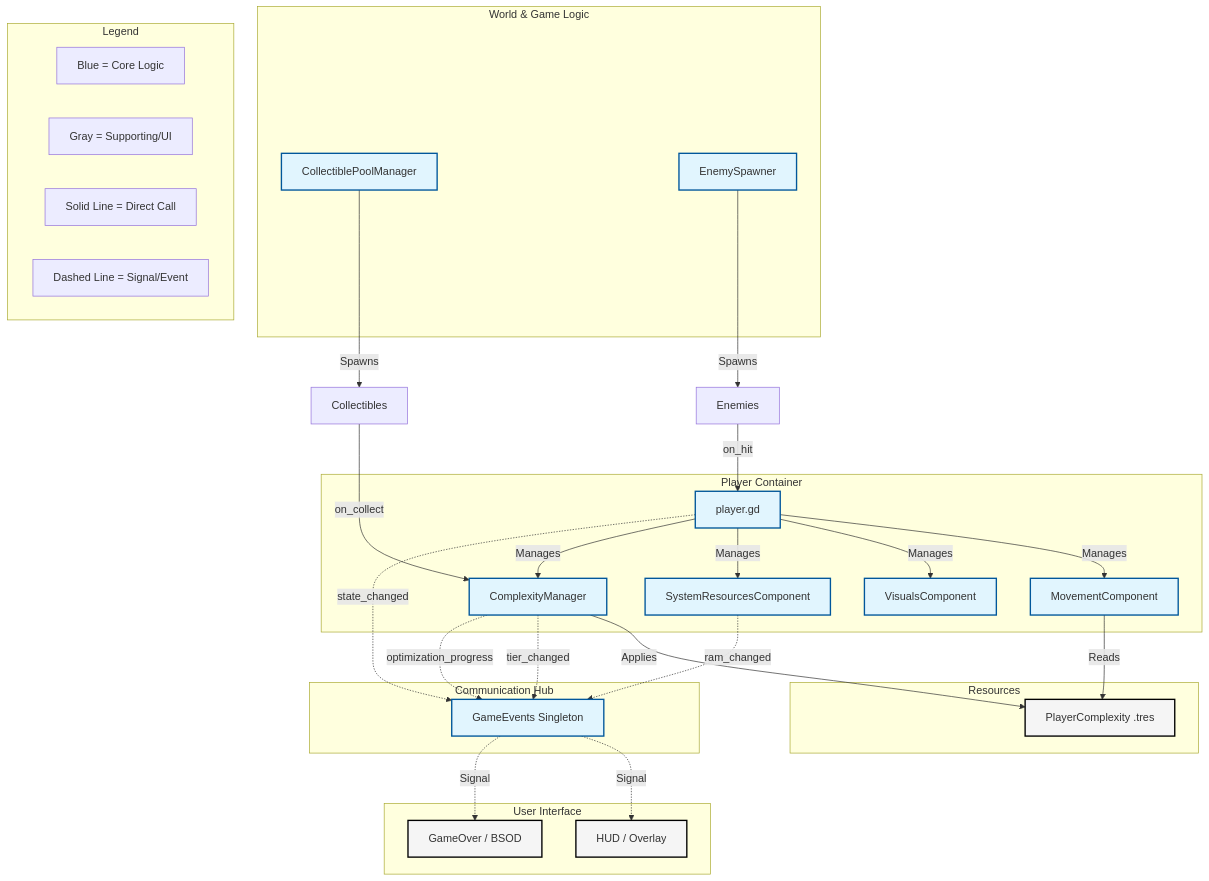
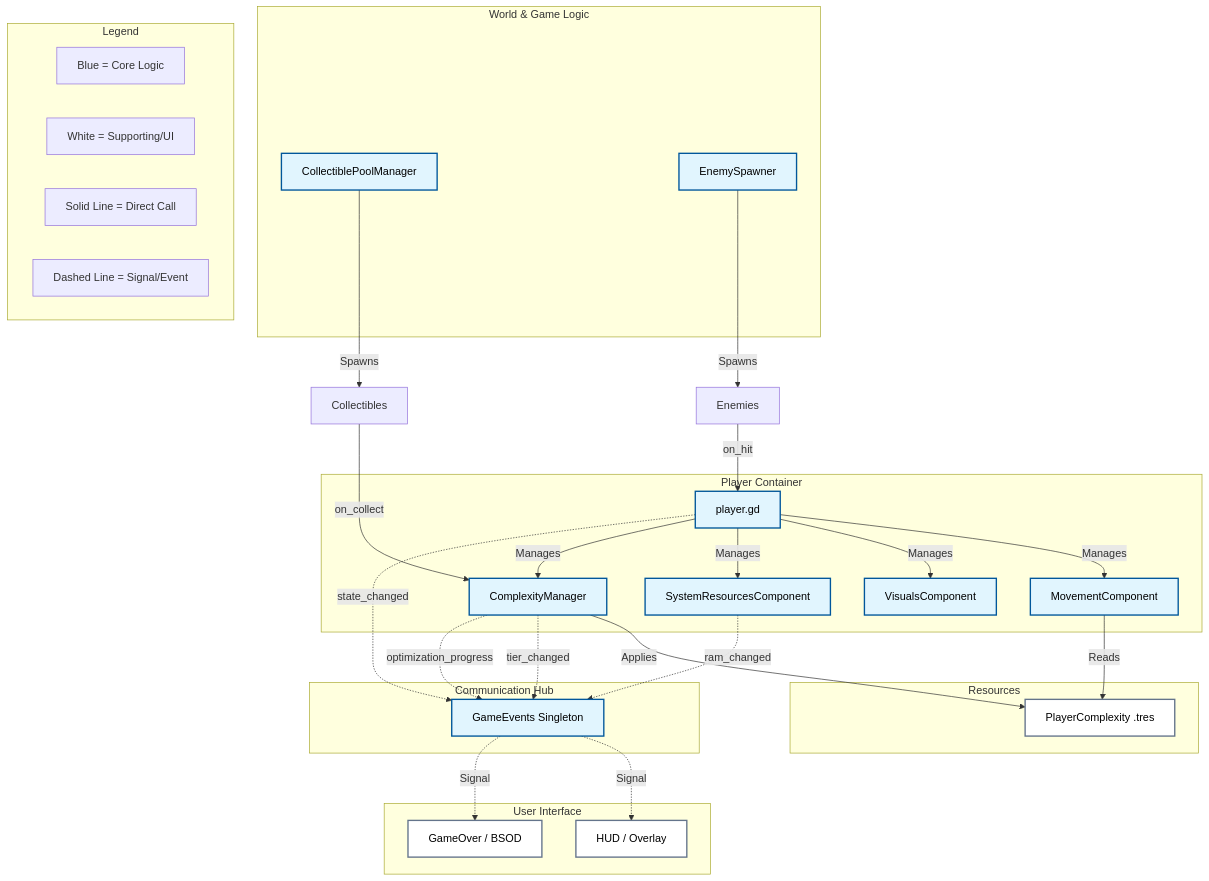
The first of 3 diagrams in docs/diagram.md (sizzlingsisig/big-o), drawn with Mermaid before and after one commit.

Commit message:
chore: changed text color for diagram

````diff
--- a/docs/diagram.md
+++ b/docs/diagram.md
@@ -9,70 +9,70 @@
 ```mermaid
 graph TD
-    %% Simplified Styling
-    classDef core fill:#e1f5fe,stroke:#01579b,stroke-width:2px;
-    classDef aux fill:#f5f5f5,stroke:#000000,stroke-width:2px;
+    %% High Contrast Styling
+    classDef core fill:#e1f5fe,stroke:#01579b,stroke-width:2px,color:#000;
+    classDef aux fill:#ffffff,stroke:#64748b,stroke-width:2px,color:#000;
 
     subgraph World_Systems [World & Game Logic]
         CM[CollectiblePoolManager]
         ES[EnemySpawner]
     end
     class CM,ES core;
 
     subgraph Global_Bus [Communication Hub]
         GE[GameEvents Singleton]
     end
     class GE core;
 
     subgraph Player_Entity [Player Container]
         P[player.gd]
         MC[MovementComponent]
         VC[VisualsComponent]
         SRC[SystemResourcesComponent]
         CXM[ComplexityManager]
     end
     class P,MC,VC,SRC,CXM core;
 
     subgraph Config_Data [Resources]
         PCR[PlayerComplexity .tres]
     end
     class PCR aux;
 
     subgraph UI_Layer [User Interface]
         HUD[HUD / Overlay]
         GOS[GameOver / BSOD]
     end
     class HUD,GOS aux;
 
     %% Logic Connections (Direct Calls)
     P -->|Manages| MC
     P -->|Manages| VC
     P -->|Manages| SRC
     P -->|Manages| CXM
     
     CXM -->|Applies| PCR
     MC -->|Reads| PCR
 
     %% Event Bus Flow (Signals)
     SRC -.->|ram_changed| GE
     CXM -.->|tier_changed| GE
     CXM -.->|optimization_progress| GE
     P -.->|state_changed| GE
     
     GE -.->|Signal| HUD
     GE -.->|Signal| GOS
 
     %% World Interactions
     CM -->|Spawns| COL[Collectibles]
     ES -->|Spawns| EN[Enemies]
     
     COL -->|on_collect| CXM
     EN -->|on_hit| P
 
     %% Legend
     subgraph Legend
         L1[Blue = Core Logic]
-        L2[Gray = Supporting/UI]
+        L2[White = Supporting/UI]
         L3[Solid Line = Direct Call]
         L4[Dashed Line = Signal/Event]
     end
 ```
````
